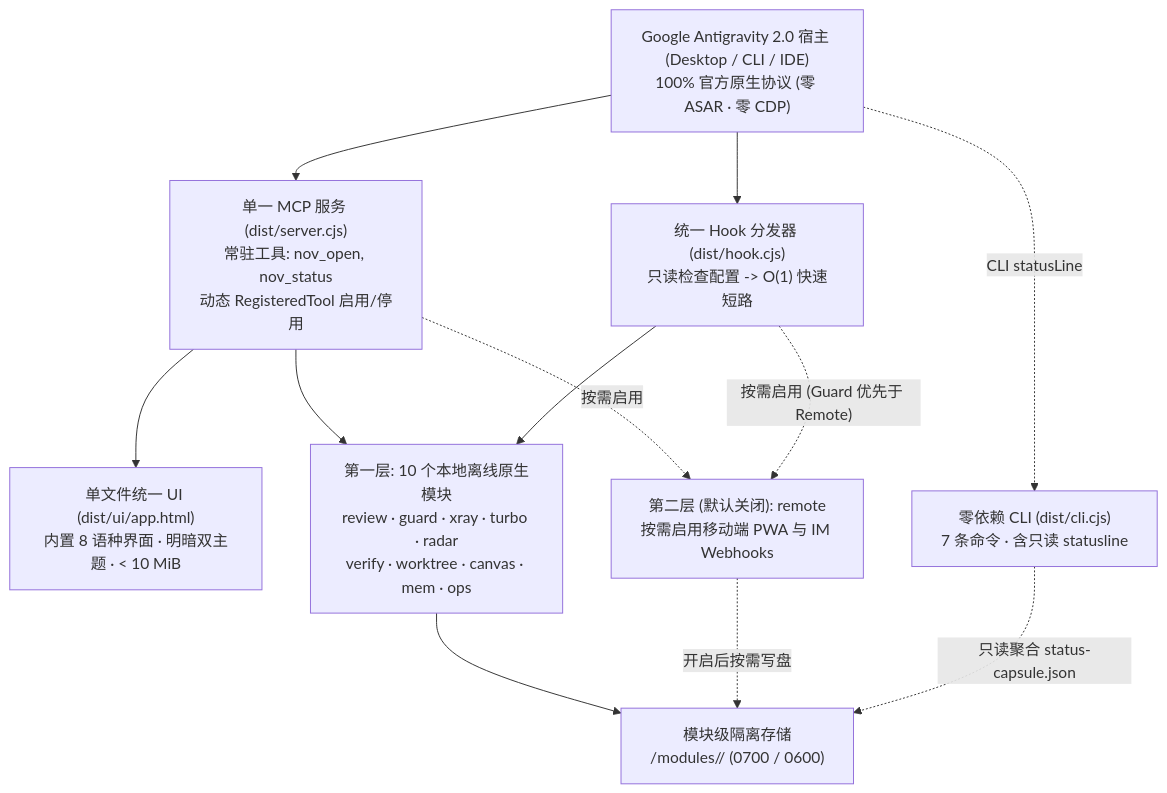
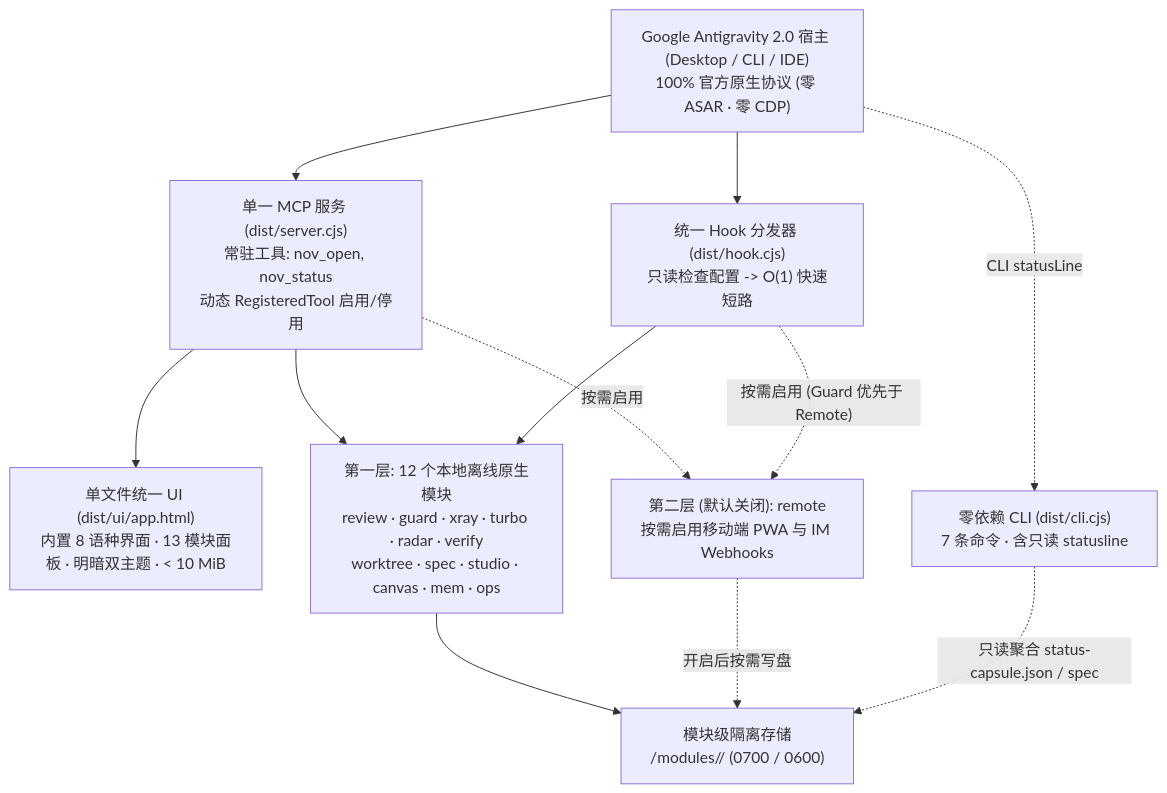
Before and after one commit to tone-leh/agy-NOV: the diagram in docs/i18n/README.zh-CN.md, drawn with Mermaid. The commit also changed other lines of this file and 55 other files, not shown here.

Commit message:
feat(v0.4.0): Spec Flow & Task DAG, Workspace Studio, Turbo RTK compression & Ops 2.0 budget doctor

````diff
--- a/docs/i18n/README.zh-CN.md
+++ b/docs/i18n/README.zh-CN.md
@@ -192,23 +196,23 @@
 ```mermaid
 flowchart TB
   Host["Google Antigravity 2.0 宿主 (Desktop / CLI / IDE)\n100% 官方原生协议 (零 ASAR · 零 CDP)"]
   MCP["单一 MCP 服务 (dist/server.cjs)\n常驻工具: nov_open, nov_status\n动态 RegisteredTool 启用/停用"]
-  UI["单文件统一 UI (dist/ui/app.html)\n内置 8 语种界面 · 明暗双主题 · < 10 MiB"]
+  UI["单文件统一 UI (dist/ui/app.html)\n内置 8 语种界面 · 13 模块面板 · 明暗双主题 · < 10 MiB"]
   Hook["统一 Hook 分发器 (dist/hook.cjs)\n只读检查配置 -> O(1) 快速短路"]
   CLI["零依赖 CLI (dist/cli.cjs)\n7 条命令 · 含只读 statusline"]
   Store["模块级隔离存储\n<dataDir>/modules/<id>/ (0700 / 0600)"]
-  T1["第一层: 10 个本地离线原生模块\nreview · guard · xray · turbo · radar\nverify · worktree · canvas · mem · ops"]
+  T1["第一层: 12 个本地离线原生模块\nreview · guard · xray · turbo · radar · verify\nworktree · spec · studio · canvas · mem · ops"]
   T2R["第二层 (默认关闭): remote\n按需启用移动端 PWA 与 IM Webhooks"]
 
   Host --> MCP
   Host --> Hook
   Host -. "CLI statusLine" .-> CLI
   MCP --> UI
   MCP --> T1
   MCP -. "按需启用" .-> T2R
   Hook --> T1
   Hook -. "按需启用 (Guard 优先于 Remote)" .-> T2R
   T1 --> Store
   T2R -. "开启后按需写盘" .-> Store
-  CLI -. "只读聚合 status-capsule.json" .-> Store
+  CLI -. "只读聚合 status-capsule.json / spec" .-> Store
 ```
````
